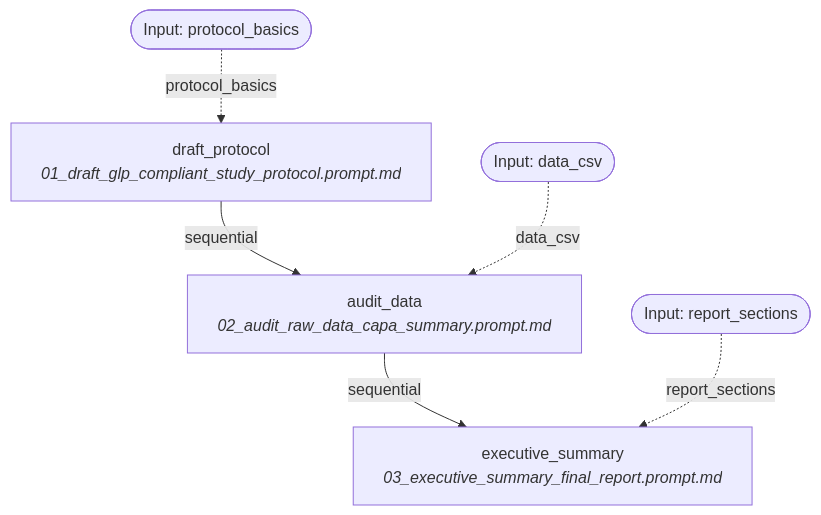
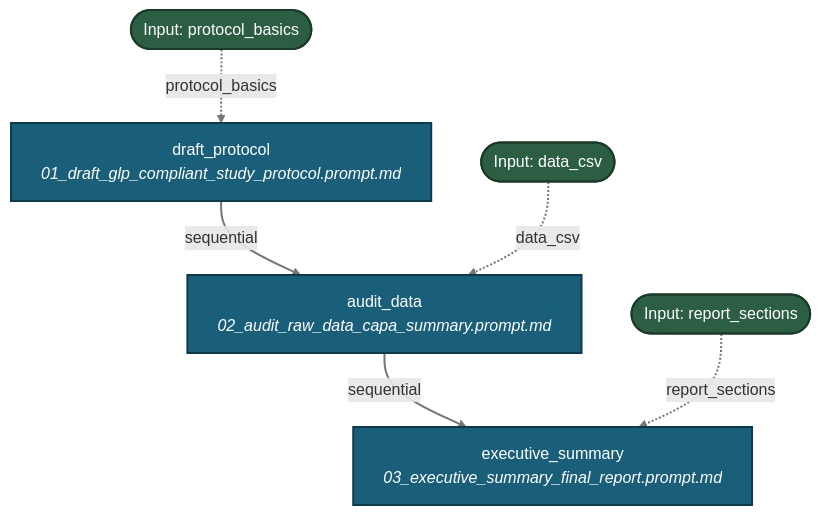
The diagram in docs/workflows/study_director.md (fderuiter/proompts), drawn with Mermaid before and after one commit. The commit also changed 267 other files, not shown here.

````diff
--- a/docs/workflows/study_director.md
+++ b/docs/workflows/study_director.md
@@ -11,14 +11,17 @@
 ```mermaid
 graph TD
-    INPUT_protocol_basics([Input: protocol_basics])
-    INPUT_data_csv([Input: data_csv])
-    INPUT_report_sections([Input: report_sections])
-    draft_protocol[draft_protocol<br><i>01_draft_glp_compliant_study_protocol.prompt.md</i>]
+    classDef stepNode fill:#1a5f7a,stroke:#0d3a4d,stroke-width:2px,color:#ffffff;
+    classDef inputNode fill:#2c5e43,stroke:#183b27,stroke-width:2px,color:#ffffff;
+    INPUT_protocol_basics([Input: protocol_basics]):::inputNode
+    INPUT_data_csv([Input: data_csv]):::inputNode
+    INPUT_report_sections([Input: report_sections]):::inputNode
+    draft_protocol[draft_protocol<br><i>01_draft_glp_compliant_study_protocol.prompt.md</i>]:::stepNode
     INPUT_protocol_basics -. protocol_basics .-> draft_protocol
     draft_protocol -->|sequential| audit_data
-    audit_data[audit_data<br><i>02_audit_raw_data_capa_summary.prompt.md</i>]
+    audit_data[audit_data<br><i>02_audit_raw_data_capa_summary.prompt.md</i>]:::stepNode
     INPUT_data_csv -. data_csv .-> audit_data
     audit_data -->|sequential| executive_summary
-    executive_summary[executive_summary<br><i>03_executive_summary_final_report.prompt.md</i>]
+    executive_summary[executive_summary<br><i>03_executive_summary_final_report.prompt.md</i>]:::stepNode
     INPUT_report_sections -. report_sections .-> executive_summary
+    linkStyle default stroke:#767676,stroke-width:2px;
 ```
````
